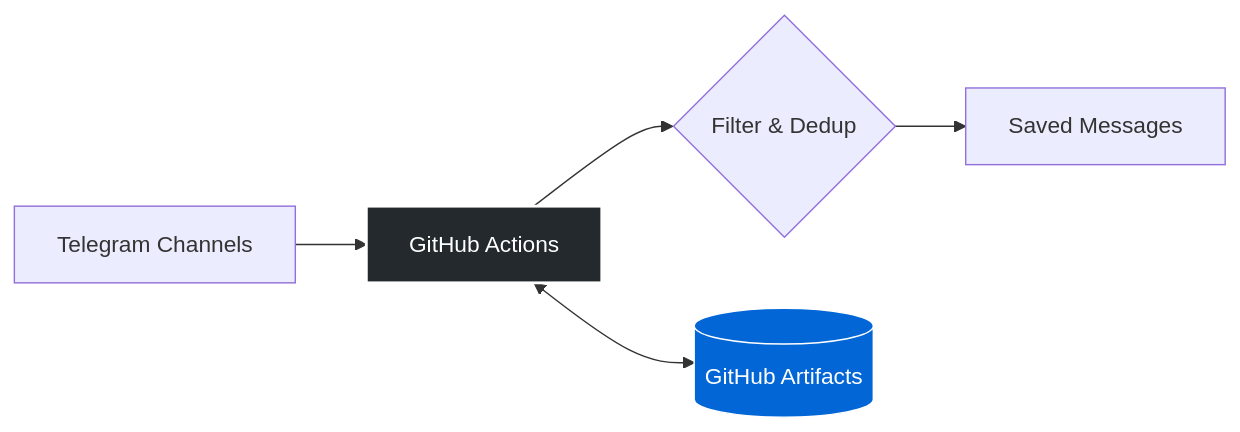
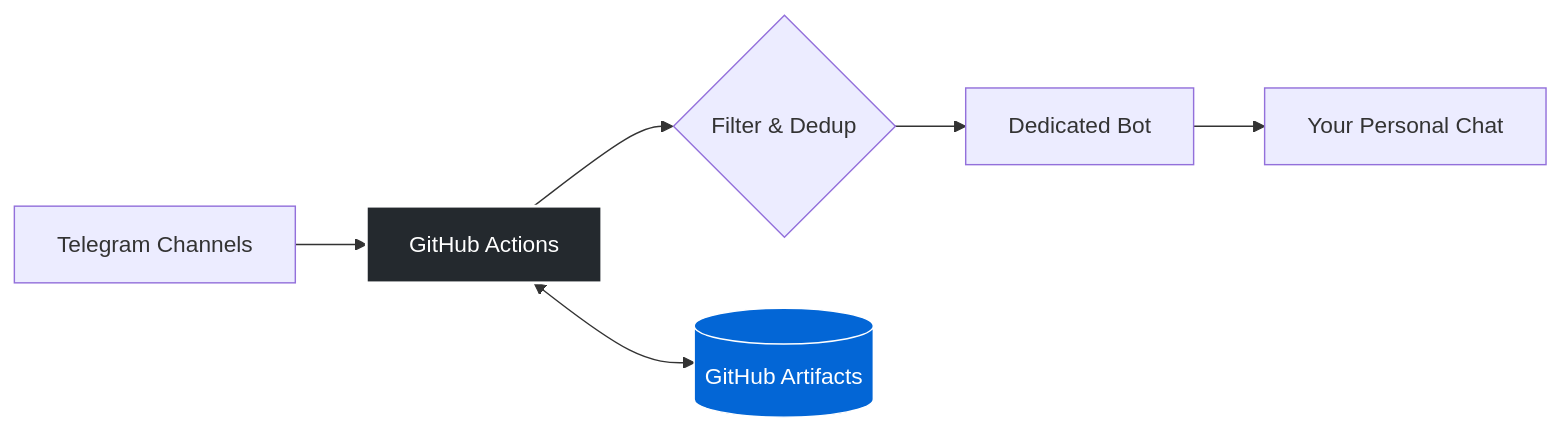
Before and after one commit to vadimkosenkov/python-tg-jobs-digest: the diagram in README.md, drawn with Mermaid. The commit also changed other lines of this file, not shown here.

First line of the commit message:
Clarify bot functionality and session file details

````diff
--- a/README.md
+++ b/README.md
@@ -18,10 +19,11 @@
 ```mermaid
 graph LR
     A[Telegram Channels] --> B[GitHub Actions]
     B --> C{Filter & Dedup}
-    C --> D[Saved Messages]
-    B <--> E[(GitHub Artifacts)]
+    C --> D[Dedicated Bot]
+    D --> E[Your Personal Chat]
+    B <--> F[(GitHub Artifacts)]
     
     style B fill:#24292e,stroke:#fff,stroke-width:2px,color:#fff
-    style E fill:#0366d6,stroke:#fff,stroke-width:1px,color:#fff
+    style F fill:#0366d6,stroke:#fff,stroke-width:1px,color:#fff
 ```
````
